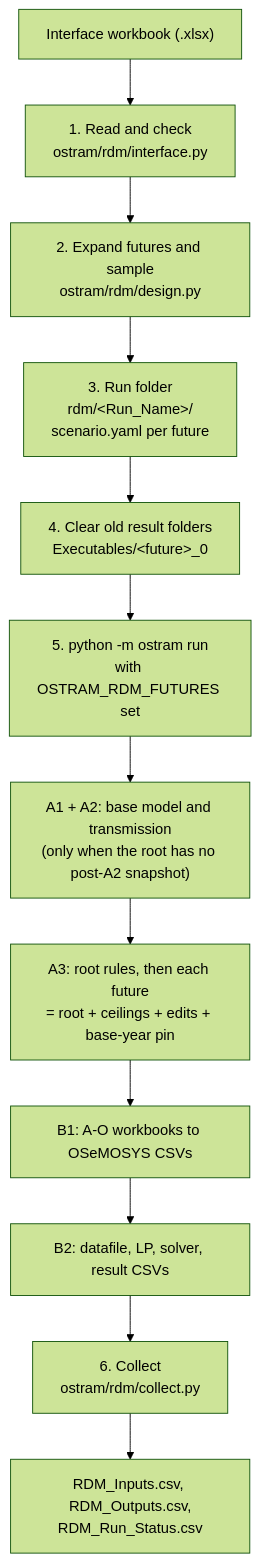
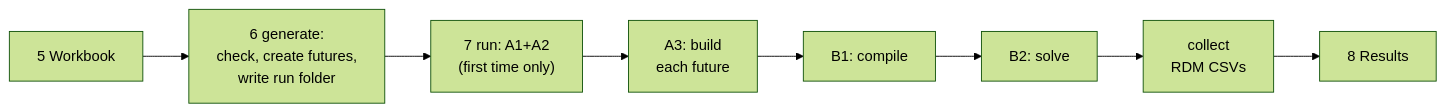
Before and after one commit to jeenogeorge/OSTRAM_PERT: the diagram in docs/rdm-pipeline.md, drawn with Mermaid (forest theme). The commit also changed other lines of this file and 3 other files, not shown here.

````diff
--- a/docs/rdm-pipeline.md
+++ b/docs/rdm-pipeline.md
@@ -9,14 +27,10 @@
 ```mermaid
-flowchart TB
-    W["Interface workbook (.xlsx)"] --> R["1. Read and check<br/>ostram/rdm/interface.py"]
-    R --> G["2. Expand futures and sample<br/>ostram/rdm/design.py"]
-    G --> F["3. Run folder<br/>rdm/&lt;Run_Name&gt;/<br/>scenario.yaml per future"]
-    F --> C["4. Clear old result folders<br/>Executables/&lt;future&gt;_0"]
-    C --> P["5. python -m ostram run<br/>with OSTRAM_RDM_FUTURES set"]
-    P --> A12["A1 + A2: base model and transmission<br/>(only when the root has no post-A2 snapshot)"]
-    A12 --> A3["A3: root rules, then each future<br/>= root + ceilings + edits + base-year pin"]
-    A3 --> B1["B1: A-O workbooks to OSeMOSYS CSVs"]
-    B1 --> B2["B2: datafile, LP, solver, result CSVs"]
-    B2 --> K["6. Collect<br/>ostram/rdm/collect.py"]
-    K --> O["RDM_Inputs.csv, RDM_Outputs.csv,<br/>RDM_Run_Status.csv"]
+flowchart LR
+    S5["5 Workbook"] --> S6["6 generate:<br/>check, create futures,<br/>write run folder"]
+    S6 --> S7a["7 run: A1+A2<br/>(first time only)"]
+    S7a --> S7b["A3: build<br/>each future"]
+    S7b --> S7c["B1: compile"]
+    S7c --> S7d["B2: solve"]
+    S7d --> S7e["collect<br/>RDM CSVs"]
+    S7e --> S8["8 Results"]
 ```
````
